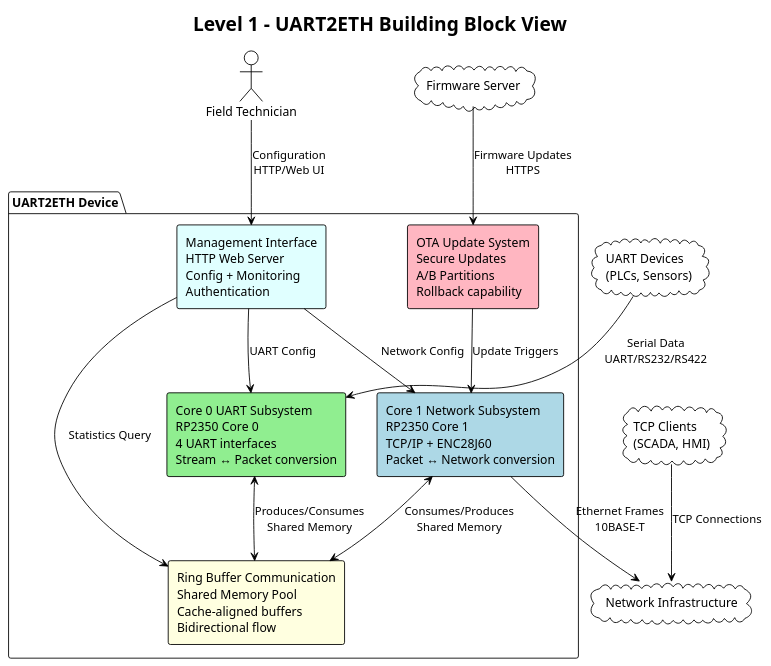
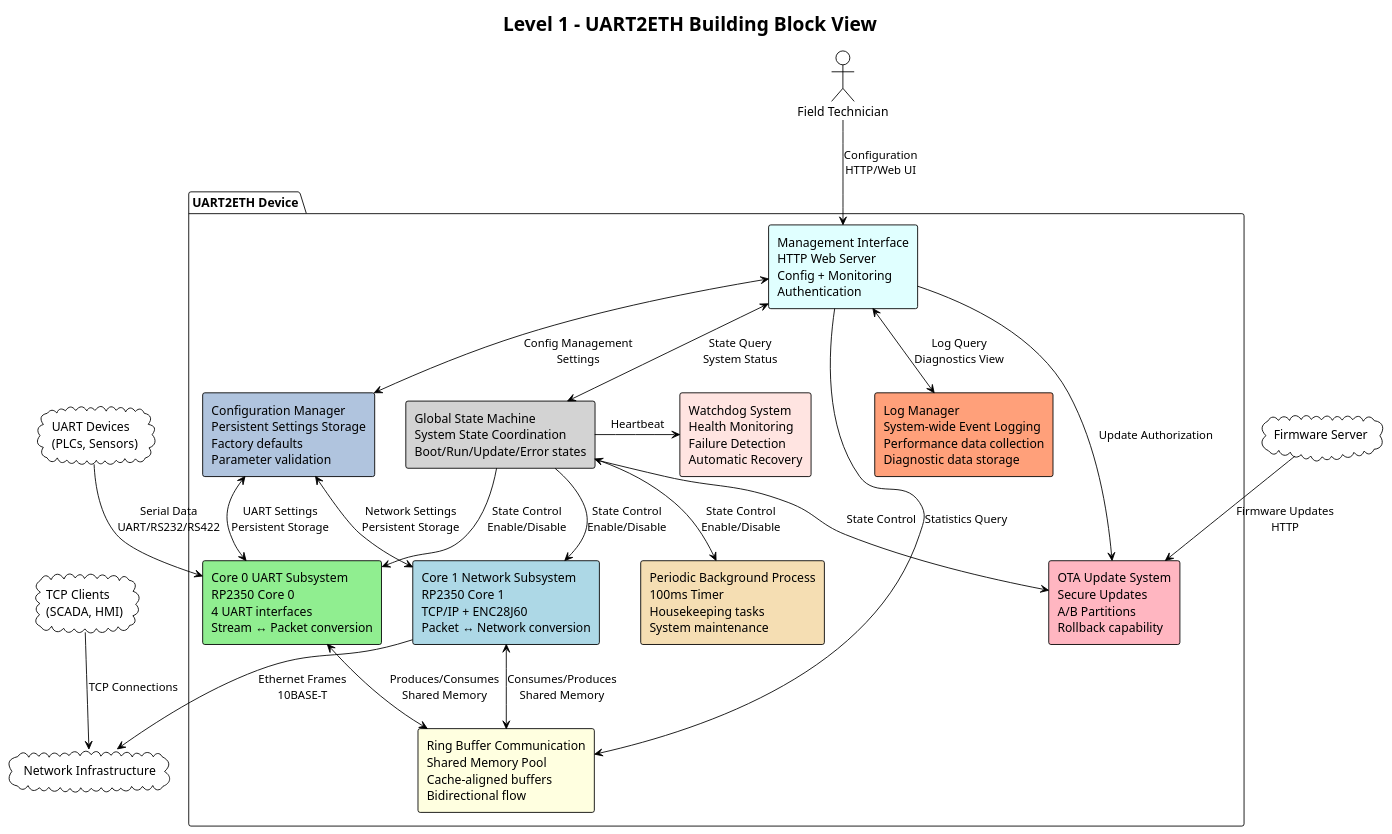
One commit to haxorsebb/UART2ETH changed the first of 10 diagrams in docs/arc42/src/05_building_block_view.adoc. Above: the diagram before and after it, drawn with PlantUML. The commit also changed other lines of this file, not shown here.

First line of the commit message:
Update Chapter 5 Building Block View: Add system-level components and Log Manager Level 2 detail

```diff
--- a/docs/arc42/src/05_building_block_view.adoc
+++ b/docs/arc42/src/05_building_block_view.adoc
@@ -46,46 +46,69 @@
 [plantuml, level1-building-blocks-simple, svg]
 ----
 @startuml
 !theme plain
 skinparam backgroundColor transparent
 skinparam componentStyle rectangle
 skinparam defaultFontName "Arial"
 
 title Level 1 - UART2ETH Building Block View
 
 actor "Field Technician" as FT
 cloud "UART Devices\n(PLCs, Sensors)" as UD
 cloud "TCP Clients\n(SCADA, HMI)" as TC
 cloud "Network Infrastructure" as NI
 cloud "Firmware Server" as FS
 
 package "UART2ETH Device" {
     component "Core 0 UART Subsystem\nRP2350 Core 0\n4 UART interfaces\nStream ↔ Packet conversion" as C0 #lightgreen
     
     component "Ring Buffer Communication\nShared Memory Pool\nCache-aligned buffers\nBidirectional flow" as RB #lightyellow
     
     component "Core 1 Network Subsystem\nRP2350 Core 1\nTCP/IP + ENC28J60\nPacket ↔ Network conversion" as C1 #lightblue
     
     component "Management Interface\nHTTP Web Server\nConfig + Monitoring\nAuthentication" as MI #lightcyan
     
     component "OTA Update System\nSecure Updates\nA/B Partitions\nRollback capability" as OTA #lightpink
+    
+    component "Global State Machine\nSystem State Coordination\nBoot/Run/Update/Error states" as GSM #lightgray
+    
+    component "Log Manager\nSystem-wide Event Logging\nPerformance data collection\nDiagnostic data storage" as LOG #lightsalmon
+    
+    component "Configuration Manager\nPersistent Settings Storage\nFactory defaults\nParameter validation" as CFG #lightsteelblue
+    
+    component "Periodic Background Process\n100ms Timer\nHousekeeping tasks\nSystem maintenance" as PBP #wheat
+    
+    component "Watchdog System\nHealth Monitoring\nFailure Detection\nAutomatic Recovery" as WD #mistyrose
 }
 
-
-' Internal connections
+' Internal connections - Core System
 C0 <--> RB : Produces/Consumes\nShared Memory
 C1 <--> RB : Consumes/Produces\nShared Memory
-MI --> C0 : UART Config
-MI --> C1 : Network Config
 MI --> RB : Statistics Query
-OTA --> C1 : Update Triggers
+
+' Internal connections - State Machine
+GSM --> C0 : State Control\nEnable/Disable
+GSM --> C1 : State Control\nEnable/Disable
+GSM --> OTA : State Control
+GSM <--> PBP : State Control\nEnable/Disable
+GSM -> WD : Heartbeat
+
+' Internal connections - Configuration Manager
+CFG <--> C0 : UART Settings\nPersistent Storage
+CFG <--> C1 : Network Settings\nPersistent Storage
+
+' Management Interface connections
+MI <--> LOG : Log Query\nDiagnostics View
+MI <--> GSM : State Query\nSystem Status
+MI <--> CFG : Config Management\nSettings
+MI --> OTA : Update Authorization
 
 ' External connections
 UD --> C0 : Serial Data\nUART/RS232/RS422
 C1 --> NI : Ethernet Frames\n10BASE-T
 TC --> NI : TCP Connections
 FT --> MI : Configuration\nHTTP/Web UI
-FS --> OTA : Firmware Updates\nHTTPS
+FS --> OTA : Firmware Updates\nHTTP
 
 @enduml
 ----
```
